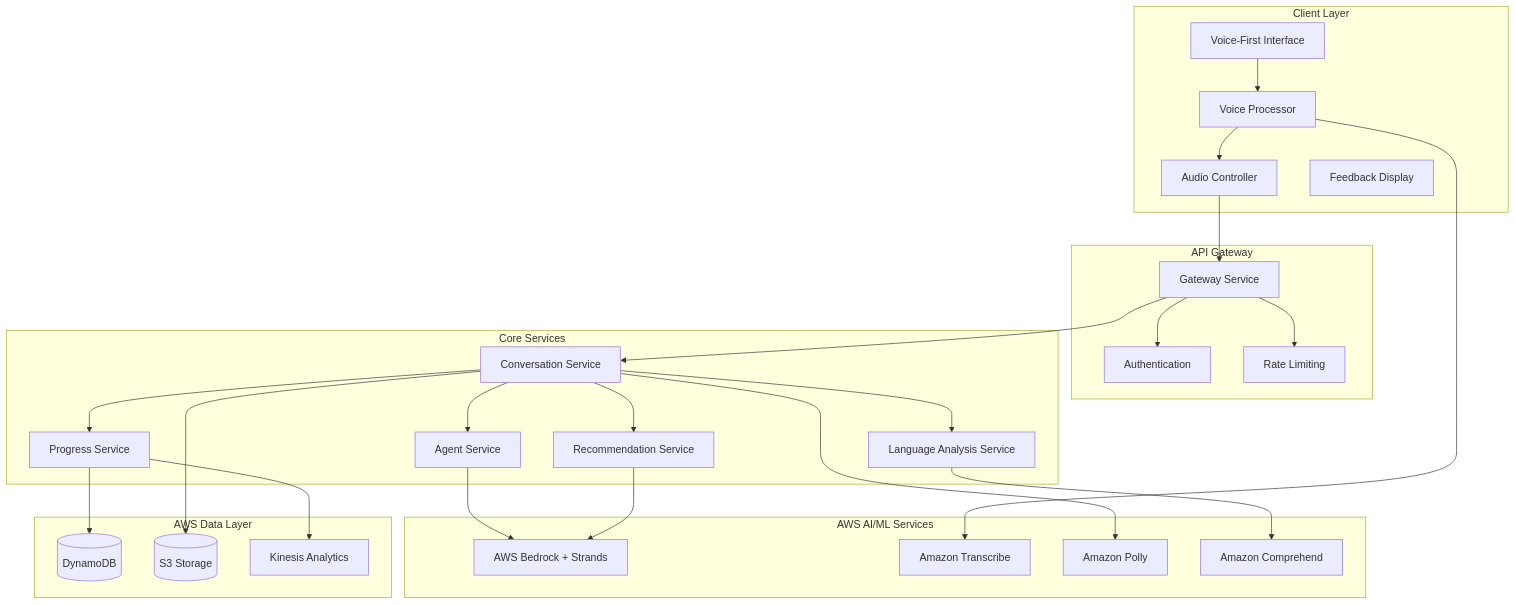
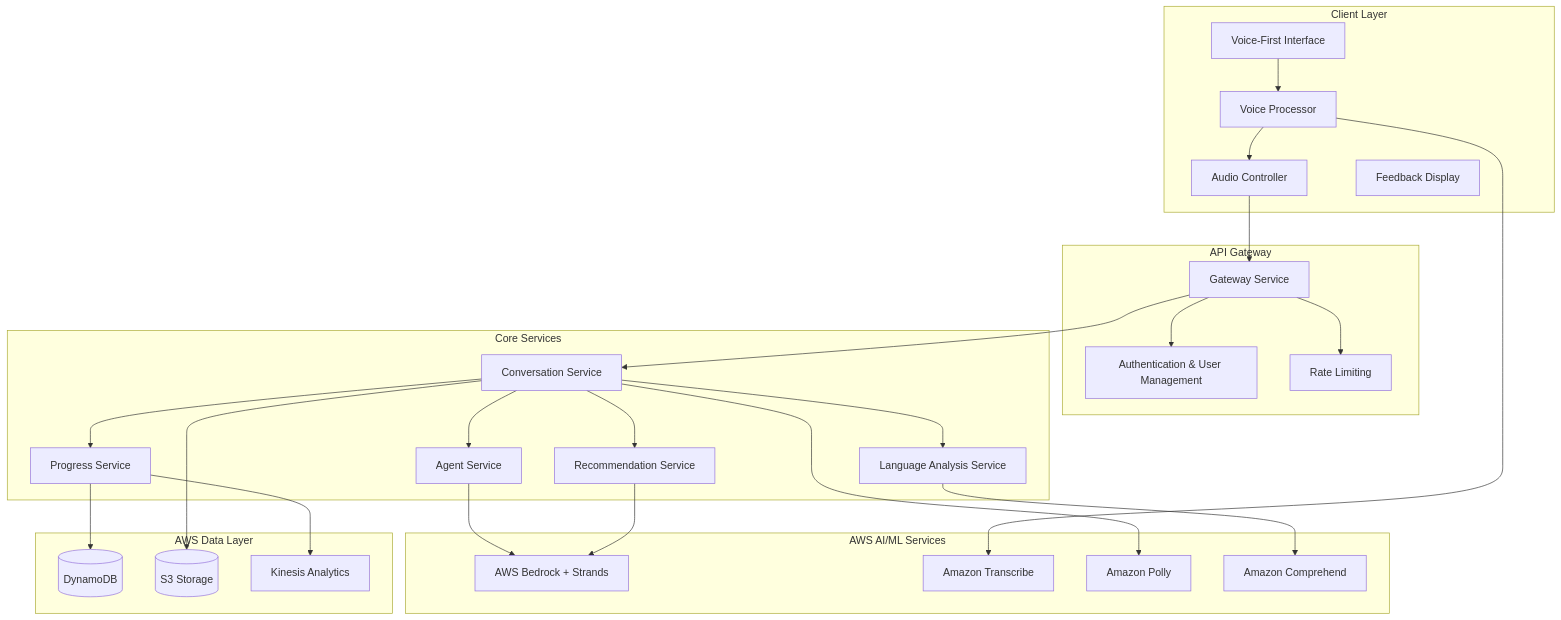
One commit to asharanees/Language-Peer changed the diagram in .kiro/specs/language-peer/design.md. Above: the diagram before and after it, drawn with Mermaid. The commit also changed other lines of this file and 132 other files, not shown here.

````diff
--- a/.kiro/specs/language-peer/design.md
+++ b/.kiro/specs/language-peer/design.md
@@ -51,55 +51,55 @@
 ```mermaid
 graph TB
     subgraph "Client Layer"
         UI[Voice-First Interface]
         VP[Voice Processor]
         AC[Audio Controller]
         FB[Feedback Display]
     end
     
     subgraph "API Gateway"
         GW[Gateway Service]
-        AUTH[Authentication]
+        AUTH[Authentication & User Management]
         RATE[Rate Limiting]
     end
     
     subgraph "Core Services"
         CS[Conversation Service]
         AS[Agent Service]
         LS[Language Analysis Service]
         PS[Progress Service]
         RS[Recommendation Service]
     end
     
     subgraph "AWS AI/ML Services"
         BEDROCK[AWS Bedrock + Strands]
         TRANSCRIBE[Amazon Transcribe]
         POLLY[Amazon Polly]
         COMPREHEND[Amazon Comprehend]
     end
     
     subgraph "AWS Data Layer"
         DYNAMO[(DynamoDB)]
         S3[(S3 Storage)]
         KINESIS[Kinesis Analytics]
     end
     
     UI --> VP
     VP --> AC
     AC --> GW
     GW --> AUTH
     GW --> RATE
     GW --> CS
     CS --> AS
     CS --> LS
     CS --> PS
     CS --> RS
     AS --> BEDROCK
     VP --> TRANSCRIBE
     CS --> POLLY
     LS --> COMPREHEND
     PS --> DYNAMO
     CS --> S3
     PS --> KINESIS
     RS --> BEDROCK
 ```
````
